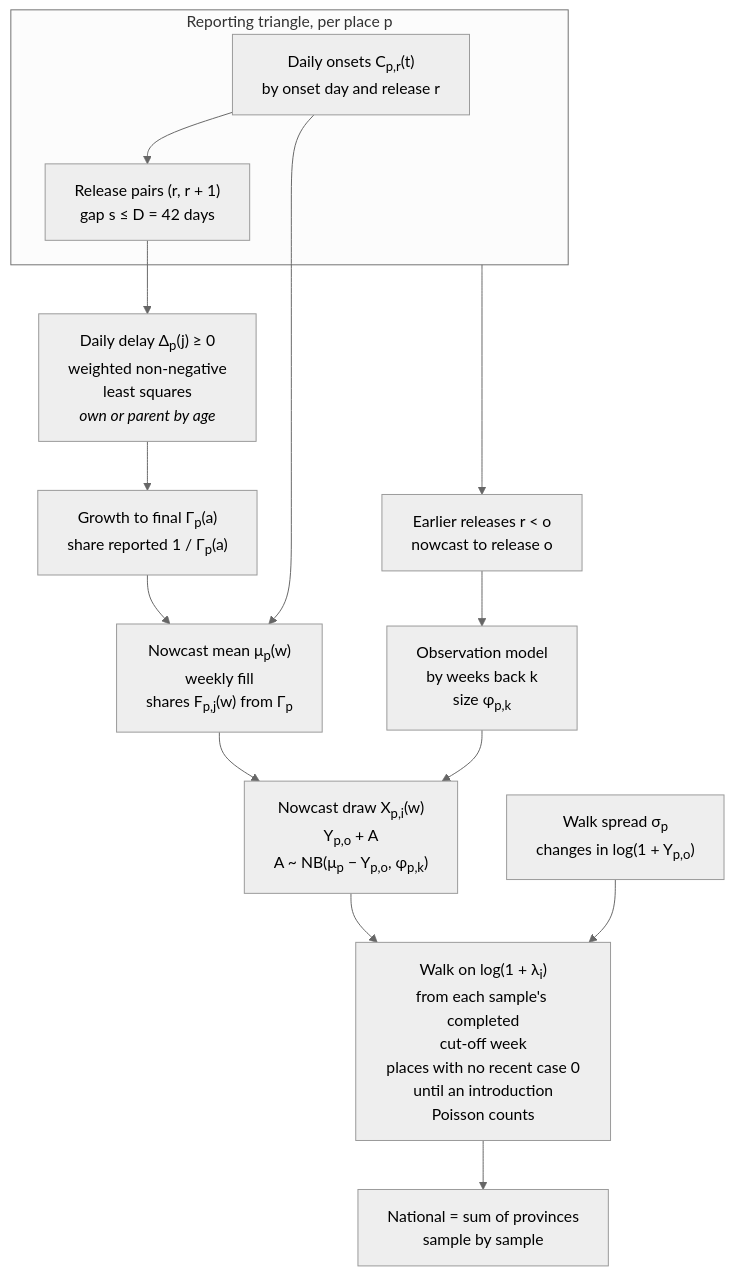
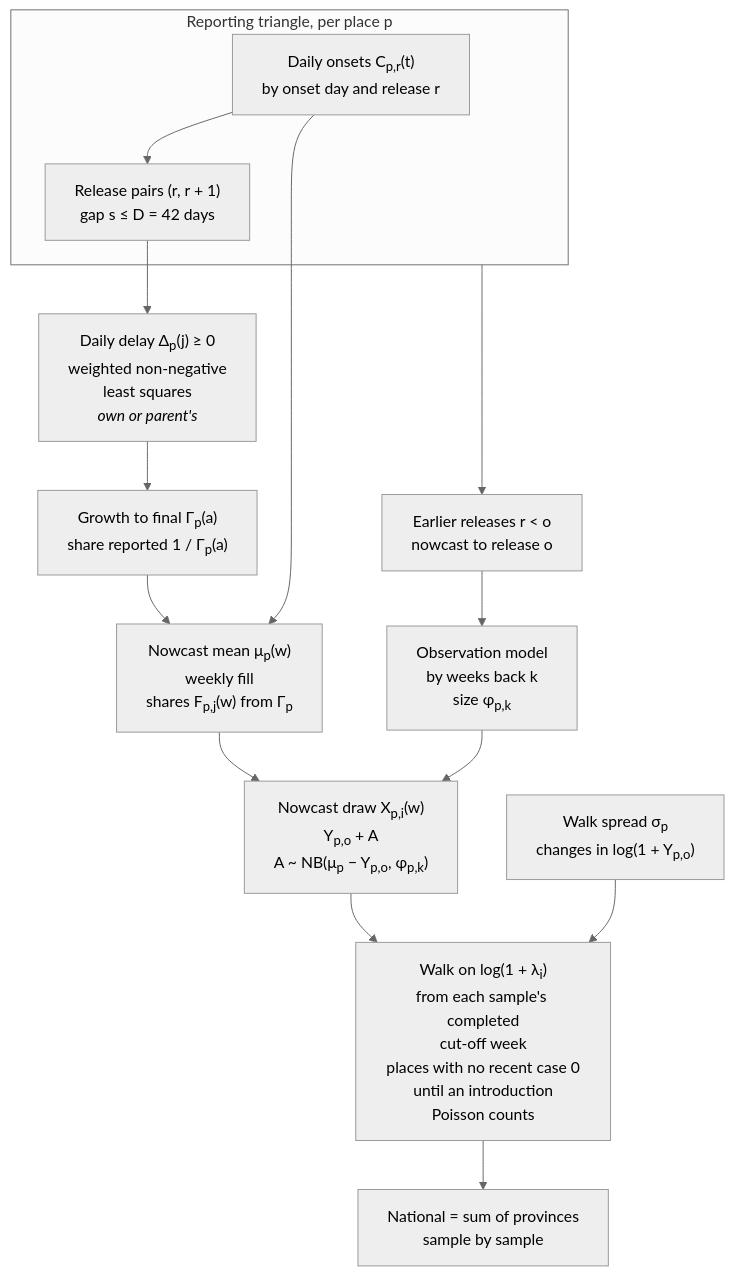
The first of 2 diagrams in docs/methods/baselines.md (seabbs/BDBVHubRenewal), drawn with Mermaid (neutral theme) before and after one commit. The commit also changed other lines of this file and 1 other file, not shown here.

First line of the commit message:
docs: per-place delay scale and dispersion in pp, and where its zones come from

````diff
--- a/docs/methods/baselines.md
+++ b/docs/methods/baselines.md
@@ -27,29 +27,29 @@
 ```mermaid
 flowchart TD
     subgraph TRI["Reporting triangle, per place p"]
         SNAP["Daily onsets C<sub>p,r</sub>(t)<br/>by onset day and release r"]
         PAIR["Release pairs (r, r + 1)<br/>gap s ≤ D = 42 days"]
     end
-    DEL["Daily delay Δ<sub>p</sub>(j) ≥ 0<br/>weighted non-negative<br/>least squares<br/><i>own or parent by age</i>"]
+    DEL["Daily delay Δ<sub>p</sub>(j) ≥ 0<br/>weighted non-negative<br/>least squares<br/><i>own or parent's</i>"]
     G["Growth to final Γ<sub>p</sub>(a)<br/>share reported 1 / Γ<sub>p</sub>(a)"]
     MU["Nowcast mean μ<sub>p</sub>(w)<br/>weekly fill<br/>shares F<sub>p,j</sub>(w) from Γ<sub>p</sub>"]
     RETRO["Earlier releases r &lt; o<br/>nowcast to release o"]
     OBS["Observation model<br/>by weeks back k<br/>size φ<sub>p,k</sub>"]
     X["Nowcast draw X<sub>p,i</sub>(w)<br/>Y<sub>p,o</sub> + A<br/>A ~ NB(μ<sub>p</sub> − Y<sub>p,o</sub>, φ<sub>p,k</sub>)"]
     SIG["Walk spread σ<sub>p</sub><br/>changes in log(1 + Y<sub>p,o</sub>)"]
     W["Walk on log(1 + λ<sub>i</sub>)<br/>from each sample's completed<br/>cut-off week<br/>places with no recent case 0<br/>until an introduction<br/>Poisson counts"]
     NAT["National = sum of provinces<br/>sample by sample"]
 
     SNAP --> PAIR
     PAIR --> DEL
     DEL --> G
     G --> MU
     SNAP --> MU
     TRI --> RETRO
     RETRO --> OBS
     MU --> X
     OBS --> X
     X --> W
     SIG --> W
     W --> NAT
 ```
````
